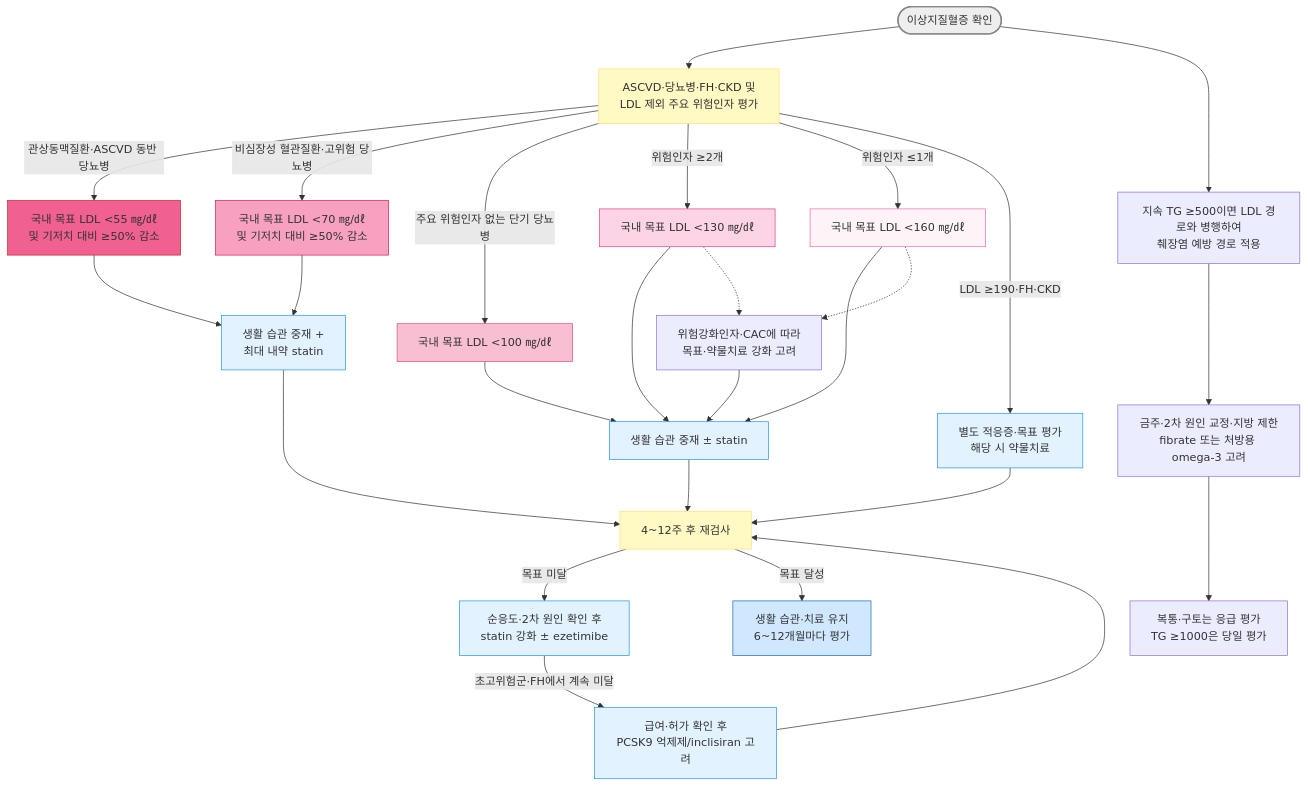
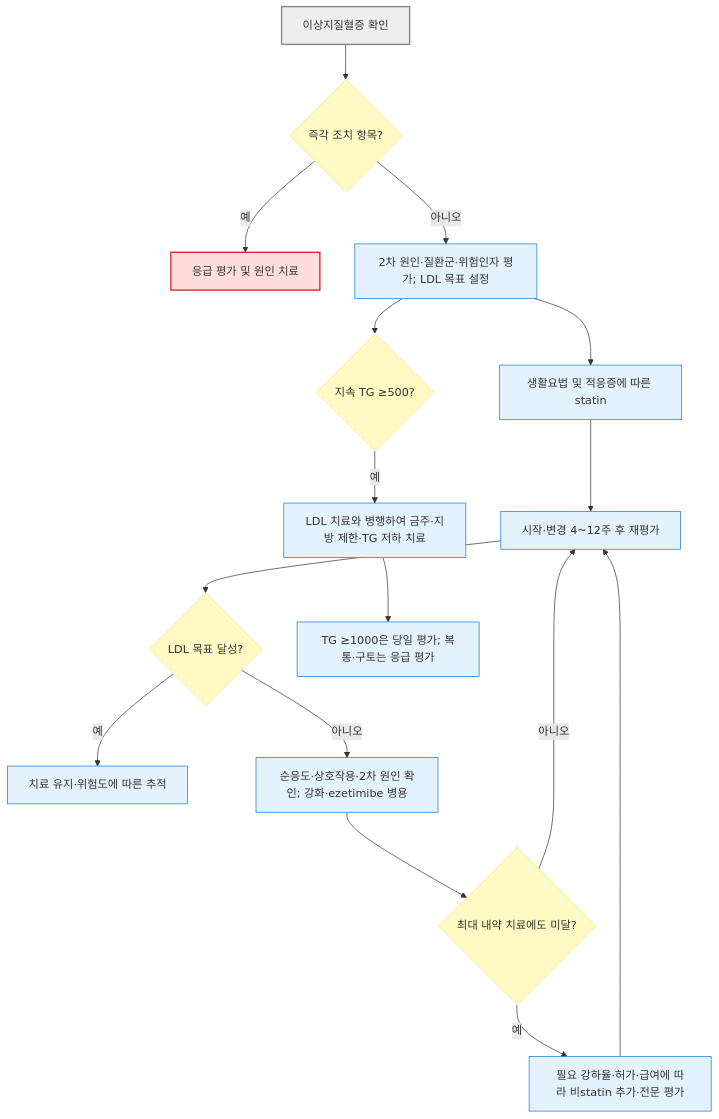
The diagram in 225_/099_-dyslipidemia.md (familyoh77/familyoh77), drawn with Mermaid before and after one commit. The commit also changed other lines of this file and 5 other files, not shown here.

````diff
--- a/225_/099_-dyslipidemia.md
+++ b/225_/099_-dyslipidemia.md
@@ -226,41 +226,25 @@
 ```mermaid
-graph TD
-    A([이상지질혈증 확인]) --> B[ASCVD·당뇨병·FH·CKD 및<br/>LDL 제외 주요 위험인자 평가]
-    B -->|관상동맥질환·ASCVD 동반 당뇨병| C[국내 목표 LDL &lt;55 ㎎/㎗<br/>및 기저치 대비 ≥50% 감소]
-    B -->|비심장성 혈관질환·고위험 당뇨병| D[국내 목표 LDL &lt;70 ㎎/㎗<br/>및 기저치 대비 ≥50% 감소]
-    B -->|주요 위험인자 없는 단기 당뇨병| E[국내 목표 LDL &lt;100 ㎎/㎗]
-    B -->|위험인자 ≥2개| F[국내 목표 LDL &lt;130 ㎎/㎗]
-    B -->|위험인자 ≤1개| G[국내 목표 LDL &lt;160 ㎎/㎗]
-    B -->|LDL ≥190·FH·CKD| N[별도 적응증·목표 평가<br/>해당 시 약물치료]
-    C --> H[생활 습관 중재 +<br/>최대 내약 statin]
-    D --> H
-    E --> I[생활 습관 중재 ± statin]
-    F --> I
-    G --> I
-    N --> J
-    H --> J[4~12주 후 재검사]
-    I --> J
-    J -->|목표 미달| K[순응도·2차 원인 확인 후<br/>statin 강화 ± ezetimibe]
-    K -->|초고위험군·FH에서 계속 미달| L[급여·허가 확인 후<br/>PCSK9 억제제/inclisiran 고려]
-    J -->|목표 달성| M[생활 습관·치료 유지<br/>6~12개월마다 평가]
-    L ---> J
-    F -.-> O[위험강화인자·CAC에 따라<br/>목표·약물치료 강화 고려]
-    G -.-> O
-    O --> I
-    A ---> P[지속 TG ≥500이면 LDL 경로와 병행하여<br/>췌장염 예방 경로 적용]
-    P ---> Q[금주·2차 원인 교정·지방 제한<br/>fibrate 또는 처방용 omega-3 고려]
-    Q ---> R[복통·구토는 응급 평가<br/>TG ≥1000은 당일 평가]
-
-style A fill:#eeeeee,stroke:#888888,stroke-width:2px
-classDef yellow fill:#fff9c4,stroke:#ffe082
-class B,J,K yellow
-style G fill:#fef4f8,stroke:#f06baf
-style F fill:#fcd4e6,stroke:#e0448e
-style E fill:#f8bfd3,stroke:#d94f83
-style D fill:#f8a0c0,stroke:#d01f5a
-style C fill:#f06090,stroke:#c62828
-classDef sky fill:#e3f2ff,stroke:#2196f3
-class H,I,K,L,N sky
-style M fill:#d0e8ff,stroke:#1a6abf
-
+flowchart TD
+    A["이상지질혈증 확인"] --> R{"즉각 조치 항목?"}
+    R -->|"예"| U["응급 평가 및 원인 치료"]
+    R -->|"아니오"| B["2차 원인·질환군·위험인자 평가; LDL 목표 설정"]
+    B --> C["생활요법 및 적응증에 따른 statin"]
+    C --> D["시작·변경 4~12주 후 재평가"]
+    D --> E{"LDL 목표 달성?"}
+    E -->|"예"| F["치료 유지·위험도에 따른 추적"]
+    E -->|"아니오"| G["순응도·상호작용·2차 원인 확인; 강화·ezetimibe 병용"]
+    G --> H{"최대 내약 치료에도 미달?"}
+    H -->|"예"| I["필요 강하율·허가·급여에 따라 비statin 추가·전문 평가"]
+    H -->|"아니오"| D
+    I --> D
+    B --> T{"지속 TG ≥500?"}
+    T -->|"예"| Q["LDL 치료와 병행하여 금주·지방 제한·TG 저하 치료"]
+    Q --> S["TG ≥1000은 당일 평가; 복통·구토는 응급 평가"]
+    classDef question fill:#fff9c4,stroke:#ffe082
+    classDef treatment fill:#e3f2fd,stroke:#1976d2
+    classDef emergency fill:#ffdddd,stroke:#d32f2f,stroke-width:2px
+    class R,E,H,T question
+    class B,C,D,F,G,I,Q,S treatment
+    class U emergency
+    style A fill:#eeeeee,stroke:#888888,stroke-width:2px
 ```
````
